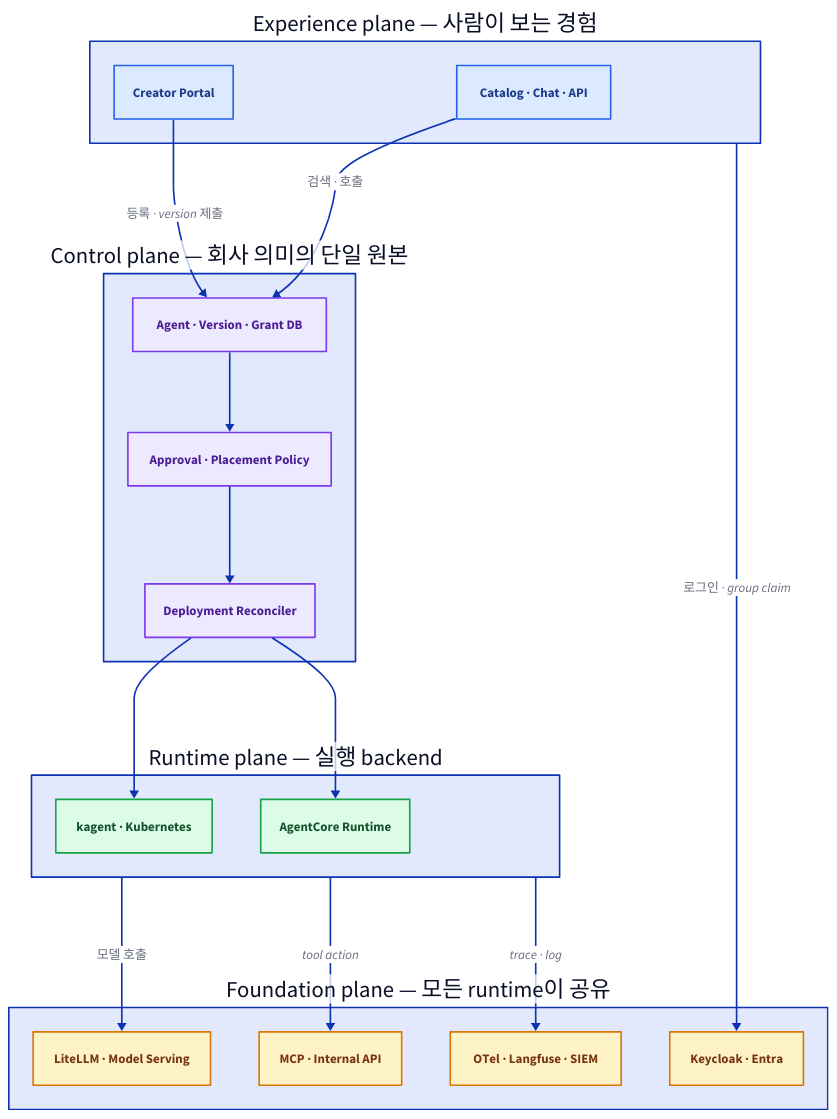
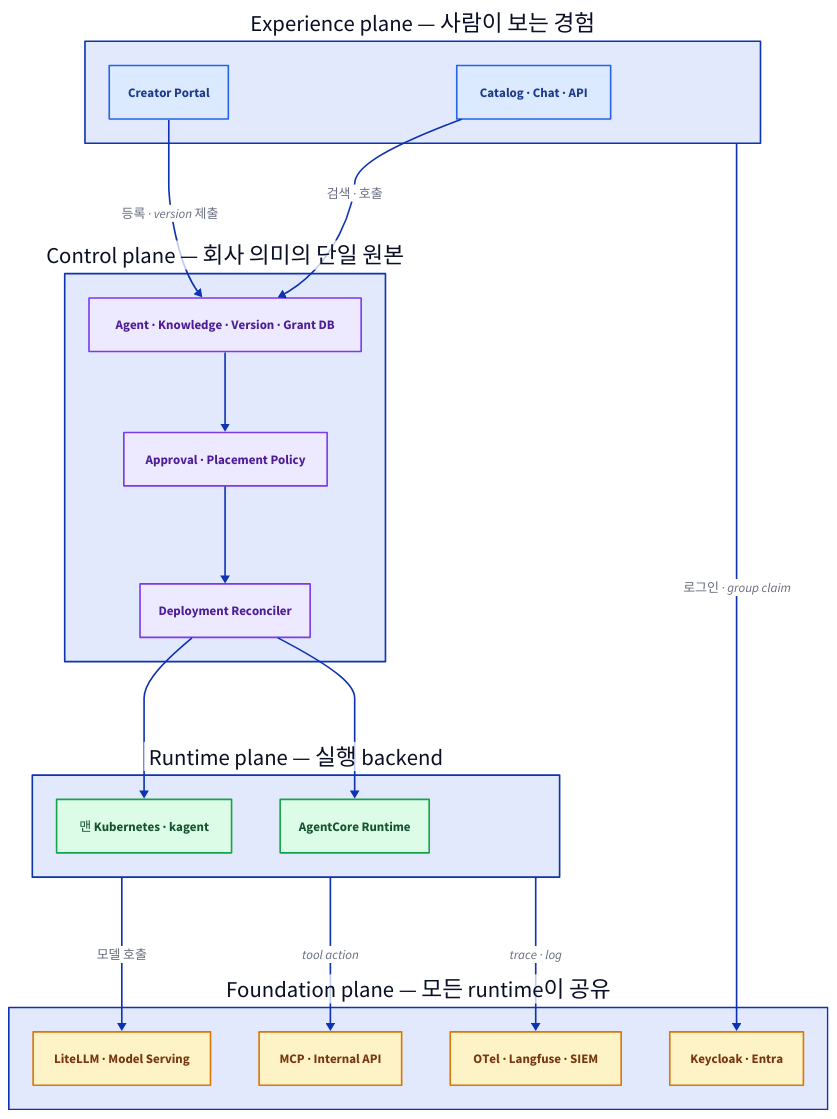
The first of 2 diagrams in src/content/docs/agent-platform/01-planes.mdx (mechurak/study-starlight), drawn with D2 before and after one commit. The commit also changed other lines of this file and 21 other files, not shown here.

Commit message:
Refine the agent platform architecture deck

````diff
--- a/src/content/docs/agent-platform/01-planes.mdx
+++ b/src/content/docs/agent-platform/01-planes.mdx
@@ -22,67 +22,67 @@
 ```d2 layout=elk pad=40 title="experience·control·runtime·foundation 네 plane이 위에서 아래로 쌓이고, 사람의 요청은 control의 catalog를 거쳐 runtime으로 내려가며, 두 runtime이 foundation의 identity·모델·tool·관측을 공유하는 지도"
 direction: down
 
 classes: {
   key: {
     style: {
       fill: "#dbeafe"
       stroke: "#2563eb"
       font-color: "#1e3a8a"
     }
   }
   zone: {
     style: {
       fill: "#ede9fe"
       stroke: "#7c3aed"
       font-color: "#4c1d95"
     }
   }
   ok: {
     style: {
       fill: "#dcfce7"
       stroke: "#16a34a"
       font-color: "#14532d"
     }
   }
   warn: {
     style: {
       fill: "#fef3c7"
       stroke: "#d97706"
       font-color: "#78350f"
     }
   }
 }
 
 exp: "Experience plane — 사람이 보는 경험" {
   creator: "Creator Portal" { class: key }
   market: "Catalog · Chat · API" { class: key }
 }
 
 ctrl: "Control plane — 회사 의미의 단일 원본" {
-  catalog: "Agent · Version · Grant DB" { class: zone }
+  catalog: "Agent · Knowledge · Version · Grant DB" { class: zone }
   policy: "Approval · Placement Policy" { class: zone }
   recon: "Deployment Reconciler" { class: zone }
   catalog -> policy -> recon
 }
 
 run: "Runtime plane — 실행 backend" {
-  kag: "kagent · Kubernetes" { class: ok }
+  kag: "맨 Kubernetes · kagent" { class: ok }
   acr: "AgentCore Runtime" { class: ok }
 }
 
 base: "Foundation plane — 모든 runtime이 공유" {
   idp: "Keycloak · Entra" { class: warn }
   model: "LiteLLM · Model Serving" { class: warn }
   tools: "MCP · Internal API" { class: warn }
   obs: "OTel · Langfuse · SIEM" { class: warn }
 }
 
 exp.creator -> ctrl.catalog: "등록 · version 제출"
 exp.market -> ctrl.catalog: "검색 · 호출"
 ctrl.recon -> run.kag
 ctrl.recon -> run.acr
 exp -> base.idp: "로그인 · group claim"
 run -> base.model: "모델 호출"
 run -> base.tools: "tool action"
 run -> base.obs: "trace · log"
 ```
````
